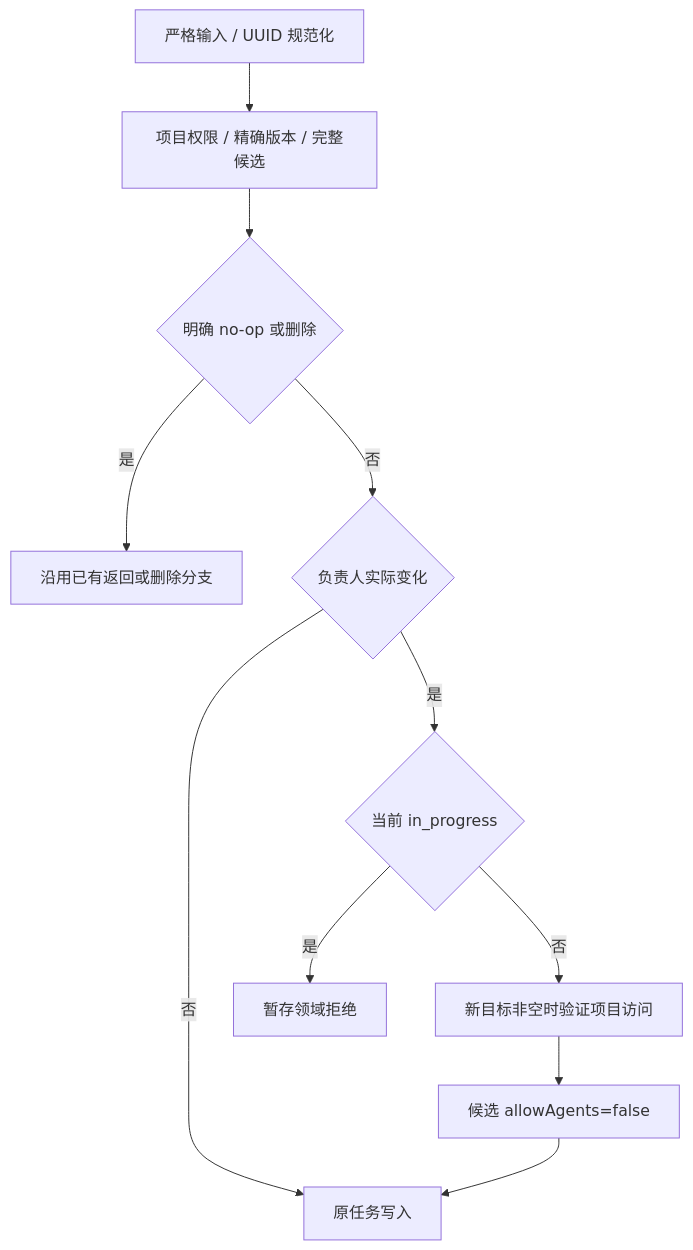
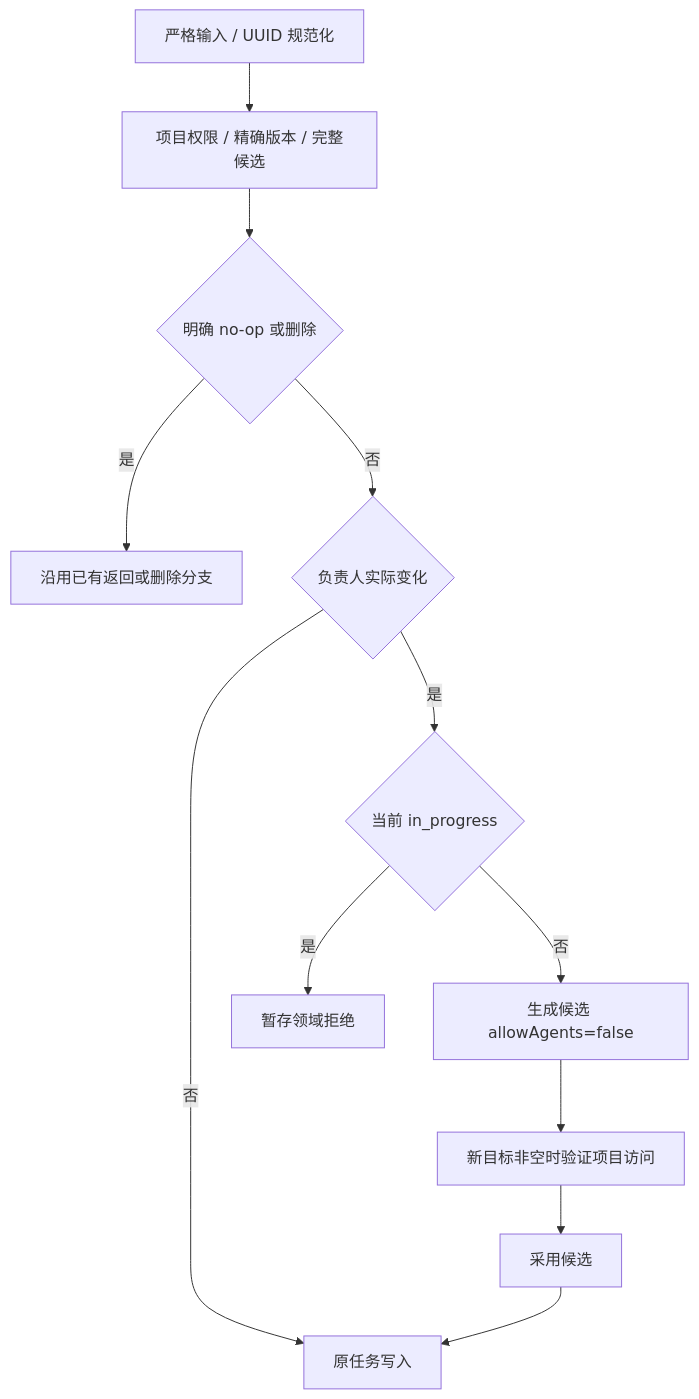
One commit to codetreker/daynight changed the diagram in docs/design/daynight-task-assignment.md. Above: the diagram before and after it, drawn with Mermaid. The commit also changed other lines of this file and 5 other files, not shown here.

````diff
--- a/docs/design/daynight-task-assignment.md
+++ b/docs/design/daynight-task-assignment.md
@@ -17,13 +17,14 @@
 ```mermaid
 flowchart TD
   Input[严格输入 / UUID 规范化] --> Prepare[项目权限 / 精确版本 / 完整候选]
   Prepare --> Noop{明确 no-op 或删除}
   Noop -->|是| Existing[沿用已有返回或删除分支]
   Noop -->|否| Compare{负责人实际变化}
   Compare -->|否| Persist[原任务写入]
   Compare -->|是| Running{当前 in_progress}
   Running -->|是| Refuse[暂存领域拒绝]
-  Running -->|否| Access[新目标非空时验证项目访问]
-  Access --> Reset[候选 allowAgents=false]
-  Reset --> Persist
+  Running -->|否| Reset[生成候选 allowAgents=false]
+  Reset --> Access[新目标非空时验证项目访问]
+  Access --> Adopt[采用候选]
+  Adopt --> Persist
 ```
````
